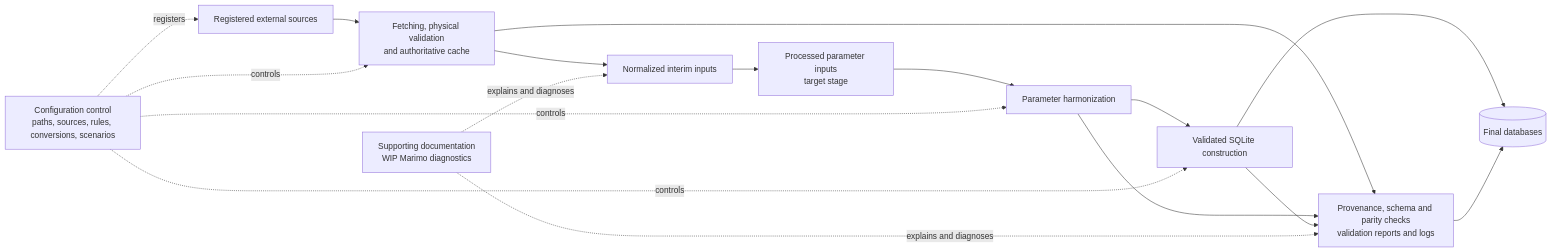
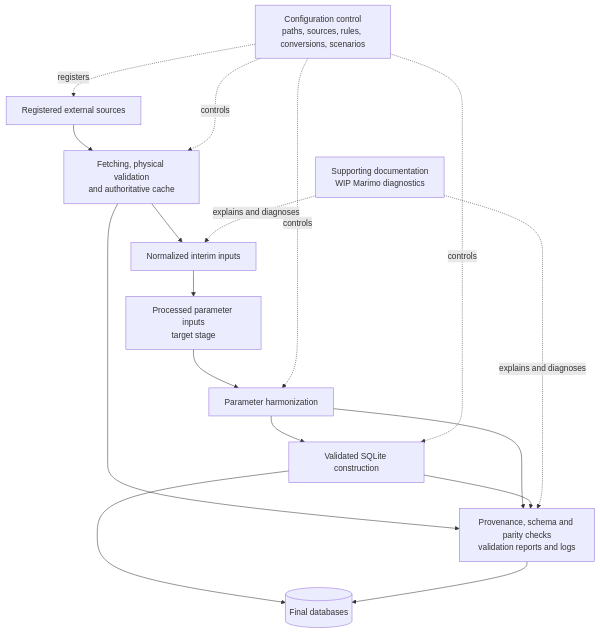
Before and after one commit to CANOE-main/canoe-transportation: the diagram in docs/transport_backend_executive_summary.md, drawn with Mermaid. The commit also changed 63 other files, not shown here.

````diff
--- a/docs/transport_backend_executive_summary.md
+++ b/docs/transport_backend_executive_summary.md
@@ -15,25 +15,25 @@
 ```mermaid
-flowchart LR
+flowchart TD
   CFG["Configuration control<br/>paths, sources, rules, conversions, scenarios"]
   SRC["Registered external sources"]
   FETCH["Fetching, physical validation<br/>and authoritative cache"]
   INT["Normalized interim inputs"]
   PROC["Processed parameter inputs<br/>target stage"]
   HARM["Parameter harmonization"]
   DB["Validated SQLite construction"]
   OUT[("Final databases")]
   ASSURE["Provenance, schema and parity checks<br/>validation reports and logs"]
   DOCS["Supporting documentation<br/>WIP Marimo diagnostics"]
 
   CFG -. registers .-> SRC
   SRC --> FETCH --> INT --> PROC --> HARM --> DB --> OUT
   CFG -. controls .-> FETCH
   CFG -. controls .-> HARM
   CFG -. controls .-> DB
   FETCH --> ASSURE
   HARM --> ASSURE
   DB --> ASSURE
   ASSURE --> OUT
   DOCS -. explains and diagnoses .-> INT
   DOCS -. explains and diagnoses .-> ASSURE
 ```
````
